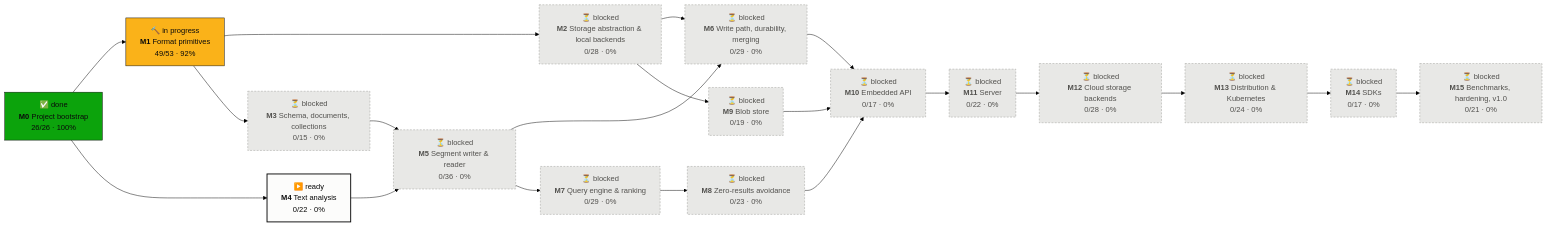
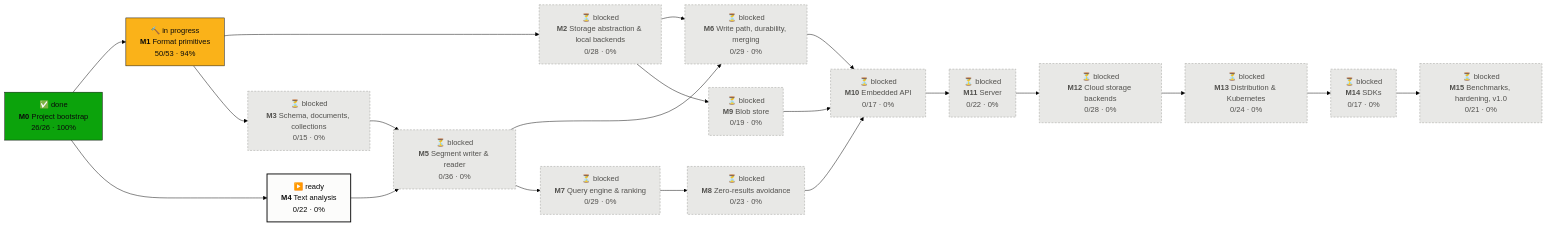
The first of 2 diagrams in PROGRESS.md (tomiok/persiaDB), drawn with Mermaid (forest theme) before and after one commit. The commit also changed other lines of this file and 6 other files, not shown here.

First line of the commit message:
fix(format): address review of 1.10.1; tick ROADMAP 1.10.1

````diff
--- a/PROGRESS.md
+++ b/PROGRESS.md
@@ -14,42 +14,42 @@
 ```mermaid
 flowchart LR
   M0["✅ done<br/><b>M0</b> Project bootstrap<br/>26/26 · 100%"]:::done
-  M1["🔨 in progress<br/><b>M1</b> Format primitives<br/>49/53 · 92%"]:::doing
+  M1["🔨 in progress<br/><b>M1</b> Format primitives<br/>50/53 · 94%"]:::doing
   M2["⏳ blocked<br/><b>M2</b> Storage abstraction & local backends<br/>0/28 · 0%"]:::blocked
   M3["⏳ blocked<br/><b>M3</b> Schema, documents, collections<br/>0/15 · 0%"]:::blocked
   M4["▶️ ready<br/><b>M4</b> Text analysis<br/>0/22 · 0%"]:::ready
   M5["⏳ blocked<br/><b>M5</b> Segment writer & reader<br/>0/36 · 0%"]:::blocked
   M6["⏳ blocked<br/><b>M6</b> Write path, durability, merging<br/>0/29 · 0%"]:::blocked
   M7["⏳ blocked<br/><b>M7</b> Query engine & ranking<br/>0/29 · 0%"]:::blocked
   M8["⏳ blocked<br/><b>M8</b> Zero-results avoidance<br/>0/23 · 0%"]:::blocked
   M9["⏳ blocked<br/><b>M9</b> Blob store<br/>0/19 · 0%"]:::blocked
   M10["⏳ blocked<br/><b>M10</b> Embedded API<br/>0/17 · 0%"]:::blocked
   M11["⏳ blocked<br/><b>M11</b> Server<br/>0/22 · 0%"]:::blocked
   M12["⏳ blocked<br/><b>M12</b> Cloud storage backends<br/>0/28 · 0%"]:::blocked
   M13["⏳ blocked<br/><b>M13</b> Distribution & Kubernetes<br/>0/24 · 0%"]:::blocked
   M14["⏳ blocked<br/><b>M14</b> SDKs<br/>0/17 · 0%"]:::blocked
   M15["⏳ blocked<br/><b>M15</b> Benchmarks, hardening, v1.0<br/>0/21 · 0%"]:::blocked
   M0 --> M1
   M1 --> M2
   M1 --> M3
   M0 --> M4
   M3 --> M5
   M4 --> M5
   M2 --> M6
   M5 --> M6
   M5 --> M7
   M7 --> M8
   M2 --> M9
   M6 --> M10
   M8 --> M10
   M9 --> M10
   M10 --> M11
   M11 --> M12
   M12 --> M13
   M13 --> M14
   M14 --> M15
   classDef done fill:#0ca30c,stroke:#0b0b0b,color:#0b0b0b
   classDef doing fill:#fab219,stroke:#0b0b0b,color:#0b0b0b
   classDef ready fill:#fcfcfb,stroke:#0b0b0b,stroke-width:2px,color:#0b0b0b
   classDef blocked fill:#e8e8e6,stroke:#9a9a96,stroke-dasharray:4 3,color:#52514e
 ```
````
